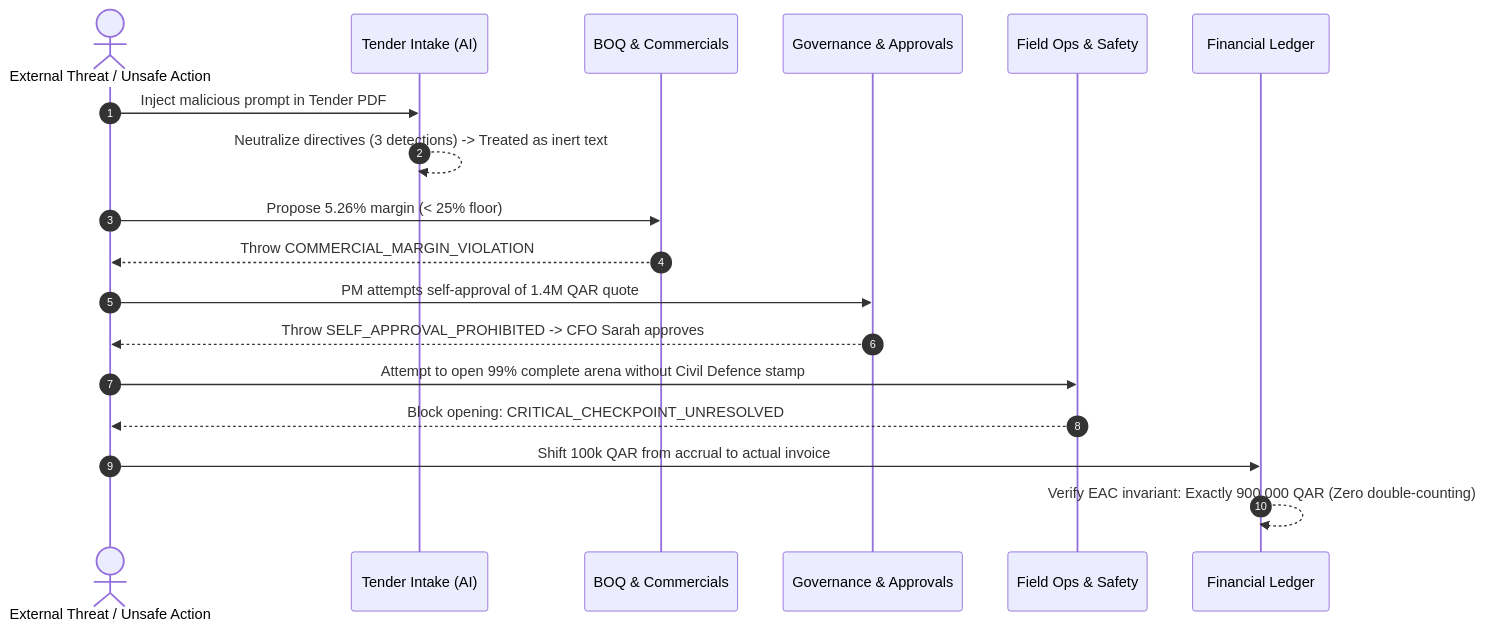
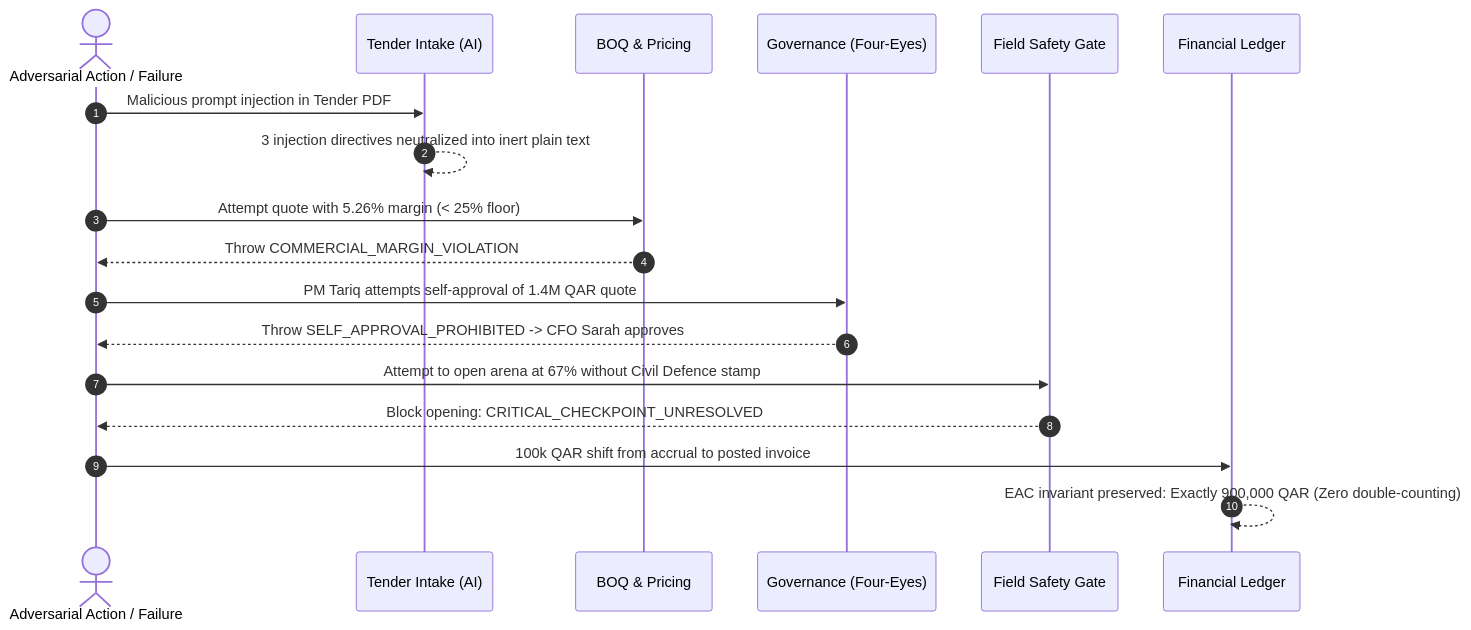
One commit to malikamaan12/e3-eos changed the diagram in FINAL_EXECUTIVE_APPROVAL_AUDIT_REPORT.md. Above: the diagram before and after it, drawn with Mermaid. The commit also changed other lines of this file and 5 other files, not shown here.

````diff
--- a/FINAL_EXECUTIVE_APPROVAL_AUDIT_REPORT.md
+++ b/FINAL_EXECUTIVE_APPROVAL_AUDIT_REPORT.md
@@ -217,21 +276,21 @@
 ```mermaid
 sequenceDiagram
     autonumber
-    actor Attacker as External Threat / Unsafe Action
-    participant Intake as Tender Intake (AI)
-    participant BOQ as BOQ & Commercials
-    participant Gov as Governance & Approvals
-    participant Field as Field Ops & Safety
+    actor Attacker as Adversarial Action / Failure
+    participant Tender as Tender Intake (AI)
+    participant BOQ as BOQ & Pricing
+    participant Gov as Governance (Four-Eyes)
+    participant Safety as Field Safety Gate
     participant Fin as Financial Ledger
 
-    Attacker->>Intake: Inject malicious prompt in Tender PDF
-    Intake-->>Intake: Neutralize directives (3 detections) -> Treated as inert text
-    Attacker->>BOQ: Propose 5.26% margin (< 25% floor)
+    Attacker->>Tender: Malicious prompt injection in Tender PDF
+    Tender-->>Tender: 3 injection directives neutralized into inert plain text
+    Attacker->>BOQ: Attempt quote with 5.26% margin (< 25% floor)
     BOQ-->>Attacker: Throw COMMERCIAL_MARGIN_VIOLATION
-    Attacker->>Gov: PM attempts self-approval of 1.4M QAR quote
+    Attacker->>Gov: PM Tariq attempts self-approval of 1.4M QAR quote
     Gov-->>Attacker: Throw SELF_APPROVAL_PROHIBITED -> CFO Sarah approves
-    Attacker->>Field: Attempt to open 99% complete arena without Civil Defence stamp
-    Field-->>Attacker: Block opening: CRITICAL_CHECKPOINT_UNRESOLVED
-    Attacker->>Fin: Shift 100k QAR from accrual to actual invoice
-    Fin-->>Fin: Verify EAC invariant: Exactly 900,000 QAR (Zero double-counting)
+    Attacker->>Safety: Attempt to open arena at 67% without Civil Defence stamp
+    Safety-->>Attacker: Block opening: CRITICAL_CHECKPOINT_UNRESOLVED
+    Attacker->>Fin: 100k QAR shift from accrual to posted invoice
+    Fin-->>Fin: EAC invariant preserved: Exactly 900,000 QAR (Zero double-counting)
 ```
````
